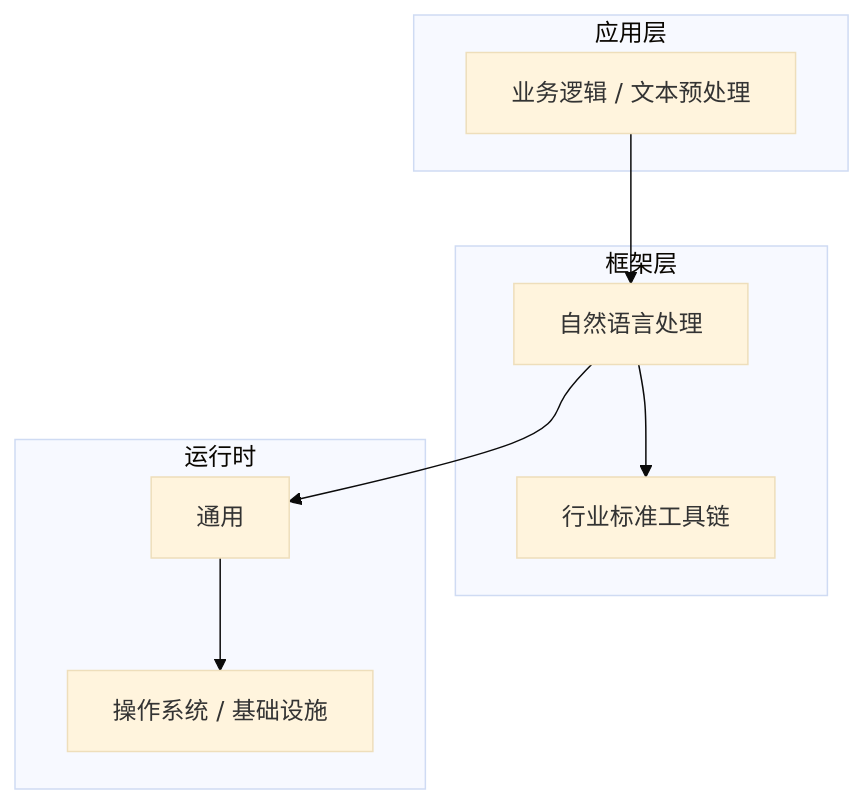
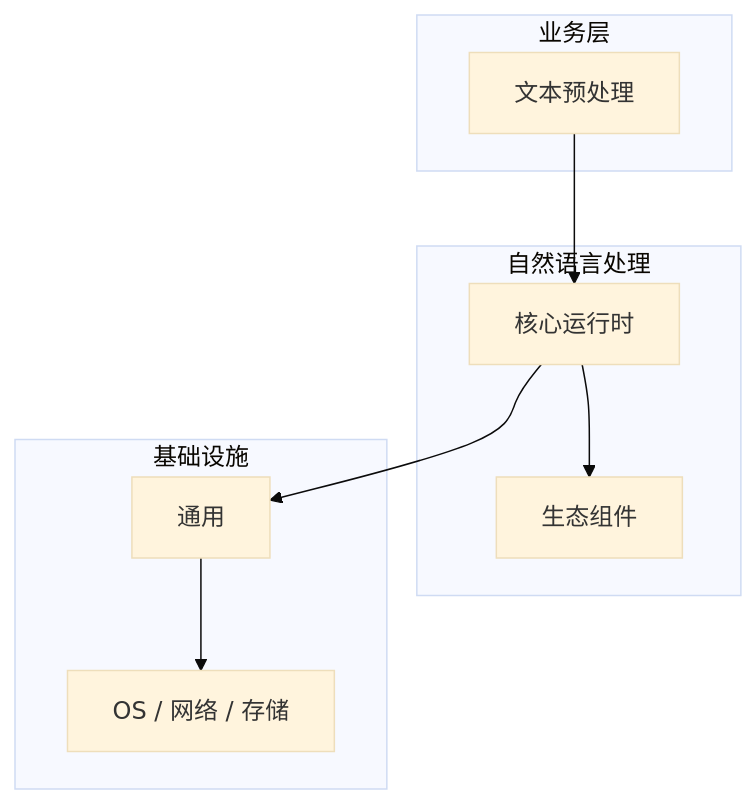
Before and after one commit to yanggan2015/knowledge-json-v2: the diagram in articles/自然语言处理/chapters/007-文本预处理核心概念与原理.md, drawn with Mermaid (base theme). The commit also changed other lines of this file and 10127 other files, not shown here.

````diff
--- a/articles/自然语言处理/chapters/007-文本预处理核心概念与原理.md
+++ b/articles/自然语言处理/chapters/007-文本预处理核心概念与原理.md
@@ -45,18 +30,18 @@
 ```mermaid
 graph TB
-    subgraph 应用层
-        A[业务逻辑 / 文本预处理]
+    subgraph 业务层
+        A[文本预处理]
     end
-    subgraph 框架层
-        B[自然语言处理]
-        C[行业标准工具链]
+    subgraph 自然语言处理
+        B[核心运行时]
+        C[生态组件]
     end
-    subgraph 运行时
+    subgraph 基础设施
         D[通用]
-        E[操作系统 / 基础设施]
+        E[OS / 网络 / 存储]
     end
     A --> B
     B --> C
     B --> D
     D --> E
 ```
````
